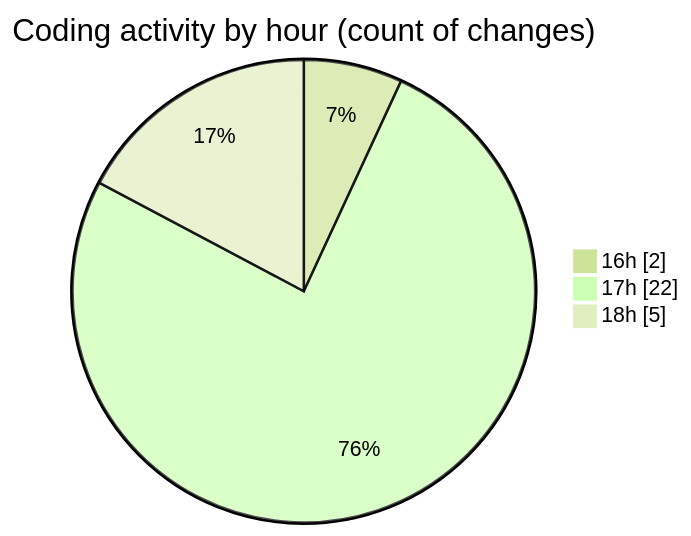
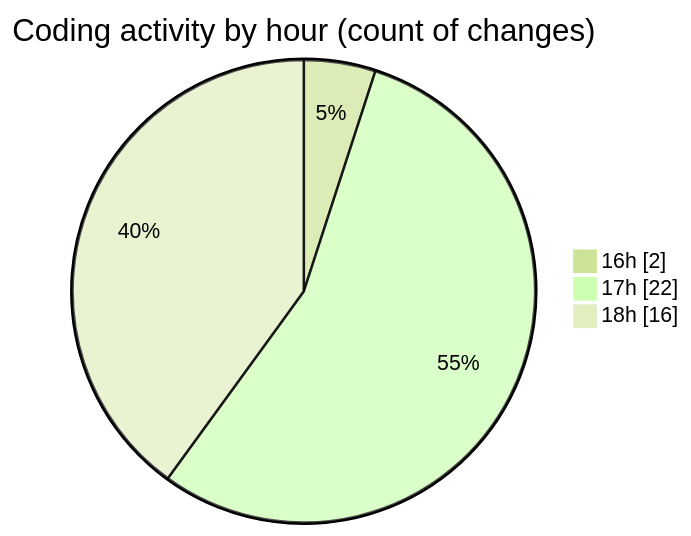
One commit to Elitesun/code-tracking changed the second of 2 diagrams in 2025-01-24/react/README.md. Above: the diagram before and after it, drawn with Mermaid (forest theme). The commit also changed other lines of this file and 1 other file, not shown here.

````diff
--- a/2025-01-24/react/README.md
+++ b/2025-01-24/react/README.md
@@ -35,7 +35,7 @@
 ```mermaid
 pie showData
 title Coding activity by hour (count of changes)
 "16h" : 2
 "17h" : 22
-"18h" : 5
+"18h" : 16
 ```
````
